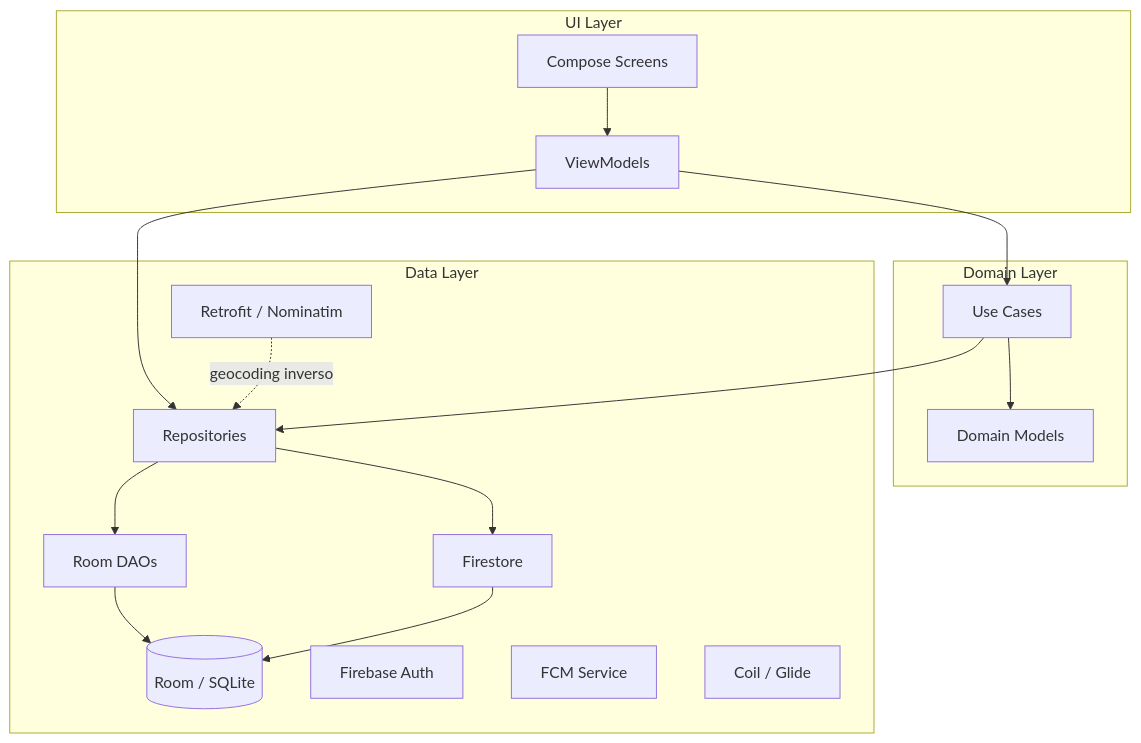
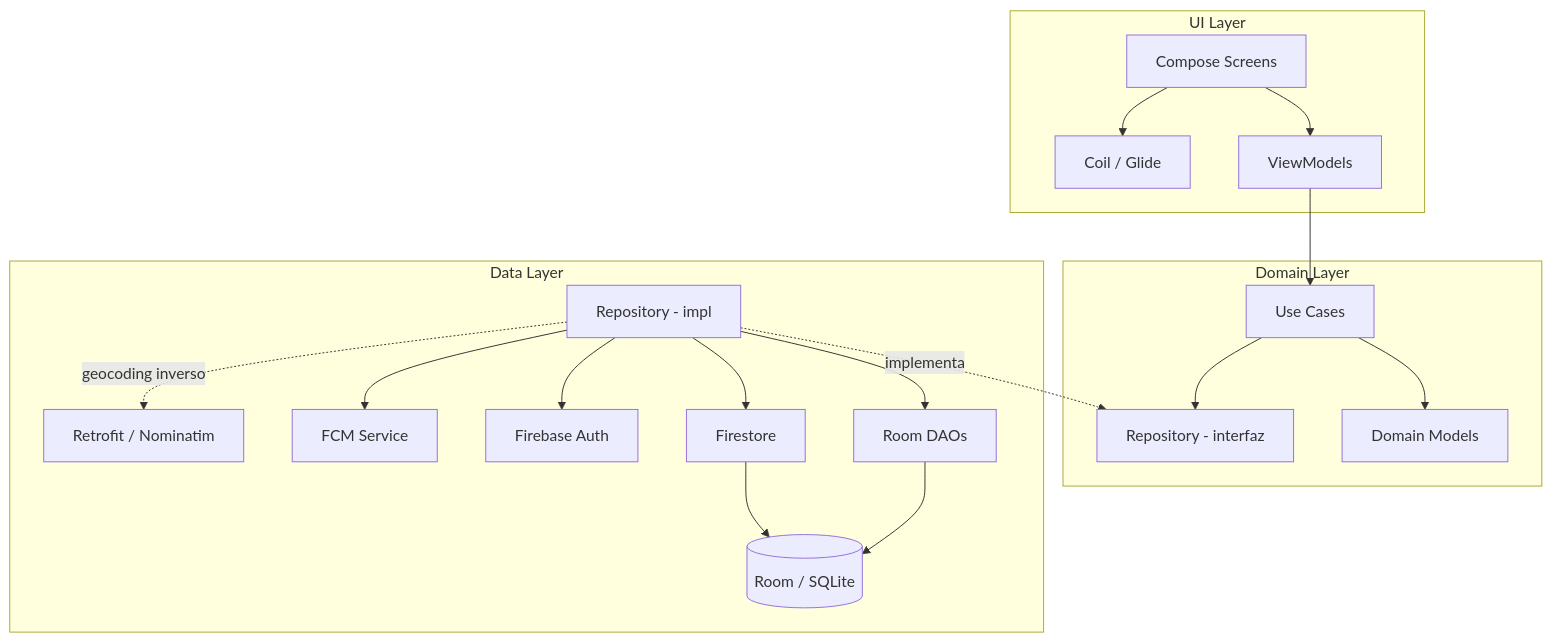
The diagram in docs/4-arquitectura/estilo_arquitectonico.md (PUJ-ICM-1131/SGE), drawn with Mermaid before and after one commit.

Commit message:
Update architectural diagram with new components
Added Coil/Glide and Repository interface to architecture diagram.

````diff
--- a/docs/4-arquitectura/estilo_arquitectonico.md
+++ b/docs/4-arquitectura/estilo_arquitectonico.md
@@ -82,34 +82,36 @@
 ```mermaid
 graph TD
     subgraph "UI Layer"
         S[Compose Screens]
         VM[ViewModels]
+        IMG[Coil / Glide]
     end
-
     subgraph "Domain Layer"
         UC[Use Cases]
         M[Domain Models]
+        RepoI[Repository - interfaz]
     end
-
     subgraph "Data Layer"
-        R[Repositories]
+        RepoImpl[Repository - impl]
         DAO[Room DAOs]
         DB[(Room / SQLite)]
         FA[Firebase Auth]
         FS[Firestore]
         FCM[FCM Service]
         RET[Retrofit / Nominatim]
-        IMG[Coil / Glide]
     end
 
     S --> VM
+    S --> IMG
     VM --> UC
-    VM --> R
-    UC --> R
     UC --> M
-    R --> DAO
-    R --> FS
+    UC --> RepoI
+    RepoImpl -.->|implementa| RepoI
+    RepoImpl --> DAO
+    RepoImpl --> FS
+    RepoImpl --> FA
+    RepoImpl --> FCM
+    RepoImpl -.->|geocoding inverso| RET
     DAO --> DB
     FS --> DB
-    RET -.-> |geocoding inverso| R
 ```
````
